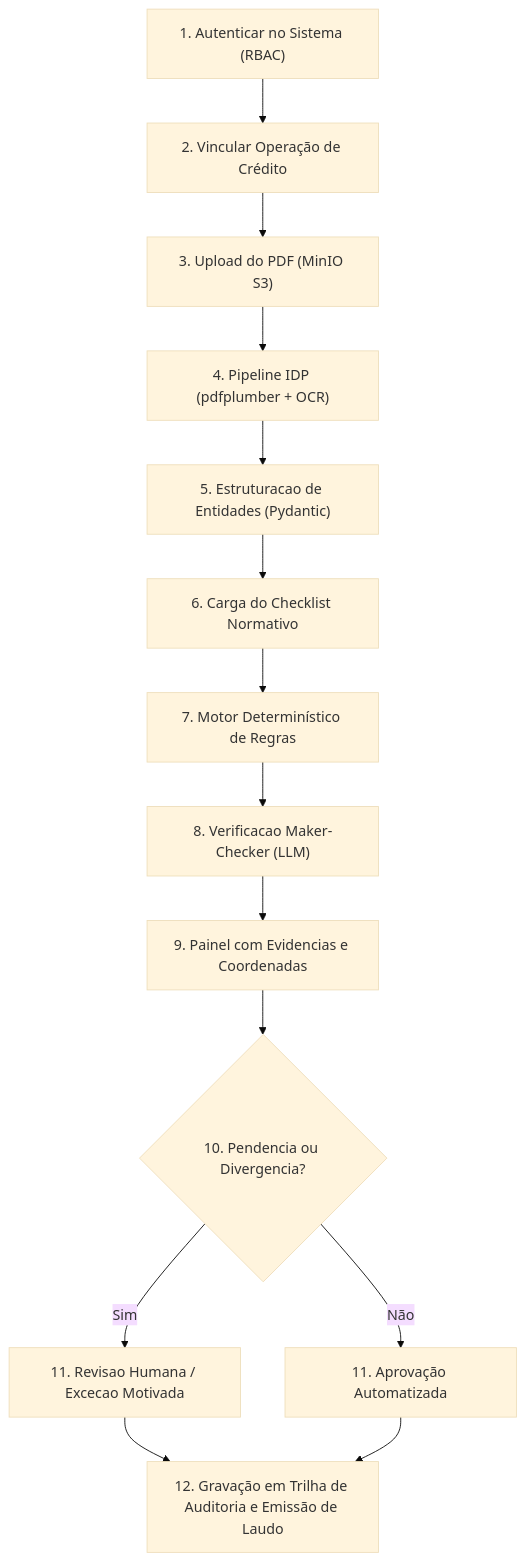
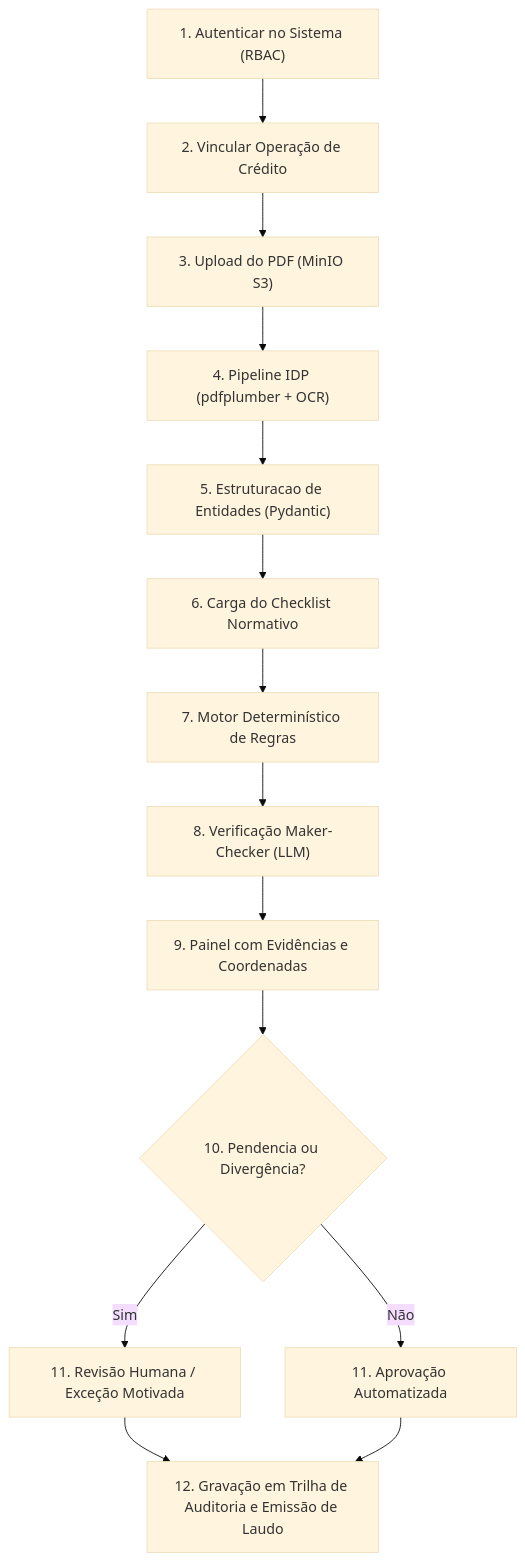
Before and after one commit to conformia-bndes/conformia-platform: the diagram in docs/planning/requirements.md, drawn with Mermaid (base theme). The commit also changed other lines of this file and 27 other files, not shown here.

````diff
--- a/docs/planning/requirements.md
+++ b/docs/planning/requirements.md
@@ -21,16 +21,16 @@
 ```mermaid
 flowchart TD
     A["1. Autenticar no Sistema (RBAC)"] --> B["2. Vincular Operação de Crédito"]
     B --> C["3. Upload do PDF (MinIO S3)"]
     C --> D["4. Pipeline IDP (pdfplumber + OCR)"]
     D --> E["5. Estruturacao de Entidades (Pydantic)"]
     E --> F["6. Carga do Checklist Normativo"]
     F --> G["7. Motor Determinístico de Regras"]
-    G --> H["8. Verificacao Maker-Checker (LLM)"]
-    H --> I["9. Painel com Evidencias e Coordenadas"]
-    I --> J{"10. Pendencia ou Divergencia?"}
-    J -->|Sim| K["11. Revisao Humana / Excecao Motivada"]
+    G --> H["8. Verificação Maker-Checker (LLM)"]
+    H --> I["9. Painel com Evidências e Coordenadas"]
+    I --> J{"10. Pendencia ou Divergência?"}
+    J -->|Sim| K["11. Revisão Humana / Exceção Motivada"]
     J -->|Não| L["11. Aprovação Automatizada"]
     K --> M["12. Gravação em Trilha de Auditoria e Emissão de Laudo"]
     L --> M
 ```
````
